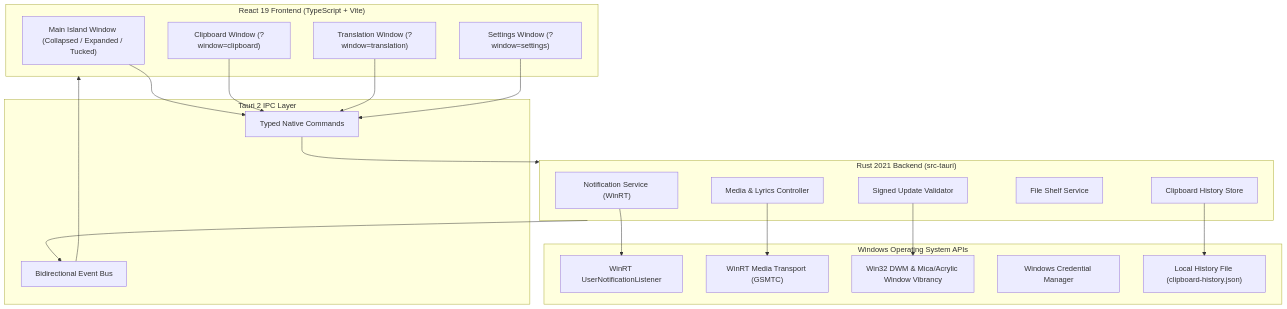
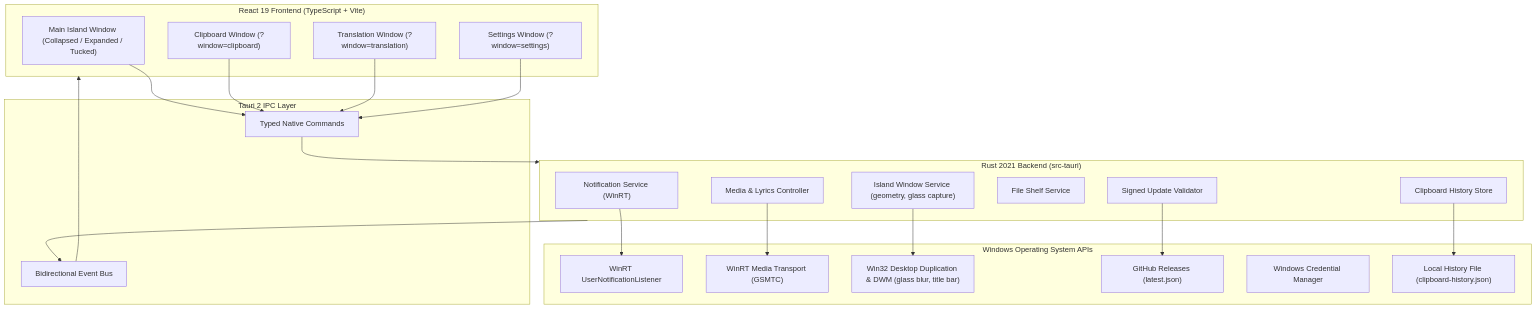
The diagram in README.md (ahmad-maqsood/skerry), drawn with Mermaid before and after one commit. The commit also changed other lines of this file and 5 other files, not shown here.

````diff
--- a/README.md
+++ b/README.md
@@ -232,44 +236,47 @@
 ```mermaid
 flowchart TD
   subgraph Frontend ["React 19 Frontend (TypeScript + Vite)"]
     IslandView["Main Island Window (Collapsed / Expanded / Tucked)"]
     ClipView["Clipboard Window (?window=clipboard)"]
     TransView["Translation Window (?window=translation)"]
     SettingsView["Settings Window (?window=settings)"]
   end
 
   subgraph IPC ["Tauri 2 IPC Layer"]
     Commands["Typed Native Commands"]
     Events["Bidirectional Event Bus"]
   end
 
   subgraph Backend ["Rust 2021 Backend (src-tauri)"]
     NotifService["Notification Service (WinRT)"]
     MediaService["Media & Lyrics Controller"]
     ClipService["Clipboard History Store"]
     ShelfService["File Shelf Service"]
+    IslandService["Island Window Service (geometry, glass capture)"]
     UpdaterService["Signed Update Validator"]
   end
 
   subgraph WindowsOS ["Windows Operating System APIs"]
     WinRTToast["WinRT UserNotificationListener"]
     WinRTGSMTC["WinRT Media Transport (GSMTC)"]
-    Win32DWM["Win32 DWM & Mica/Acrylic Window Vibrancy"]
+    Win32DWM["Win32 Desktop Duplication & DWM (glass blur, title bar)"]
+    GitHubReleases["GitHub Releases (latest.json)"]
     WinCred["Windows Credential Manager"]
     HistoryFile["Local History File (clipboard-history.json)"]
   end
 
   IslandView --> Commands
   ClipView --> Commands
   TransView --> Commands
   SettingsView --> Commands
 
   Commands --> Backend
   Backend --> Events
   Events --> Frontend
 
   NotifService --> WinRTToast
   MediaService --> WinRTGSMTC
   ClipService --> HistoryFile
-  UpdaterService --> Win32DWM
+  IslandService --> Win32DWM
+  UpdaterService --> GitHubReleases
 ```
````
